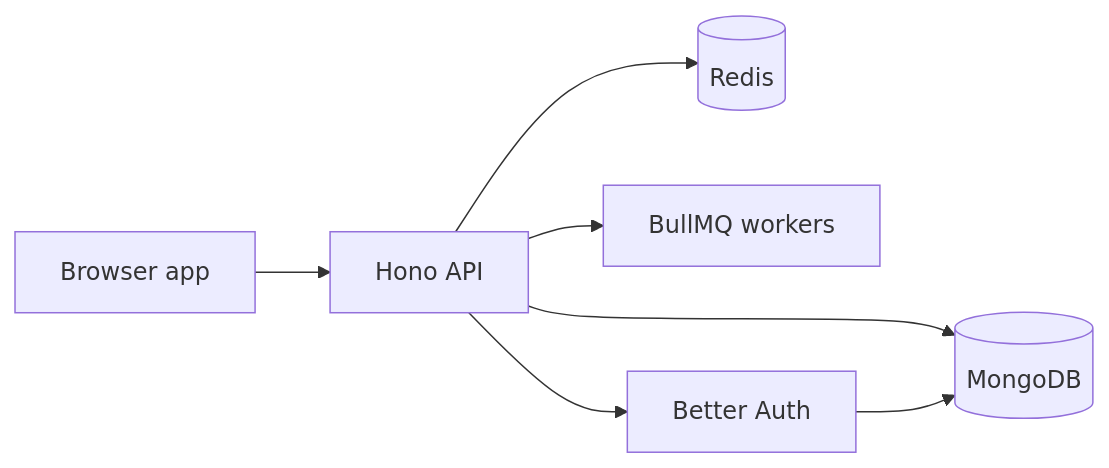
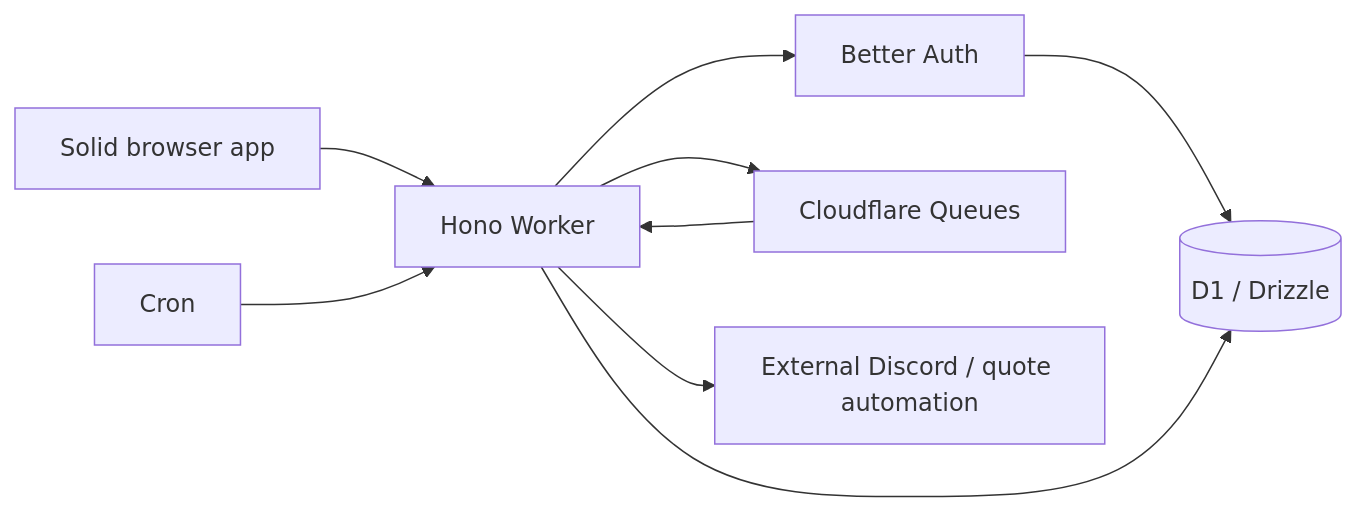
The diagram in docs/ARCHITECTURE.md (voltcrash/oxytype), drawn with Mermaid before and after one commit. The commit also changed other lines of this file and 7 other files, not shown here.

````diff
--- a/docs/ARCHITECTURE.md
+++ b/docs/ARCHITECTURE.md
@@ -53,9 +49,11 @@
 ```mermaid
 flowchart LR
-  Browser[Browser app] --> API[Hono API]
-  API --> Mongo[(MongoDB)]
-  API --> Redis[(Redis)]
-  API --> Queue[BullMQ workers]
-  API --> Auth[Better Auth]
-  Auth --> Mongo
+  Browser[Solid browser app] --> Worker[Hono Worker]
+  Worker --> Auth[Better Auth]
+  Auth --> D1[(D1 / Drizzle)]
+  Worker --> D1
+  Cron[Cron] --> Worker
+  Worker --> Queues[Cloudflare Queues]
+  Queues --> Worker
+  Worker --> Bridge[External Discord / quote automation]
 ```
````
